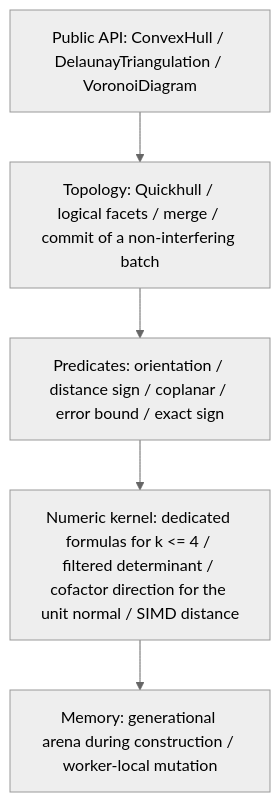
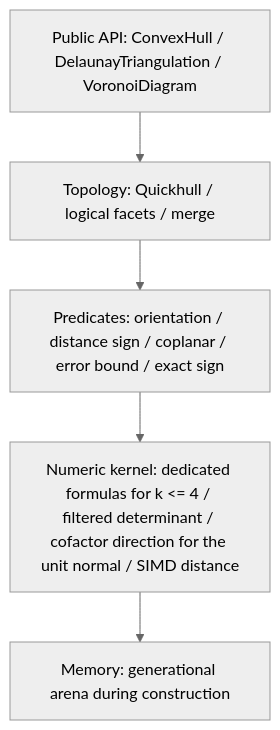
The diagram in docs/design.md (YUKIKEDA/convx), drawn with Mermaid (neutral theme) before and after one commit. The commit also changed other lines of this file and 5 other files, not shown here.

````diff
--- a/docs/design.md
+++ b/docs/design.md
@@ -45,9 +45,9 @@
 ```mermaid
 flowchart TD
     api["Public API: ConvexHull / DelaunayTriangulation / VoronoiDiagram"]
-    topo["Topology: Quickhull / logical facets / merge / commit of a non-interfering batch"]
+    topo["Topology: Quickhull / logical facets / merge"]
     pred["Predicates: orientation / distance sign / coplanar / error bound / exact sign"]
     num["Numeric kernel: dedicated formulas for k <= 4 / filtered determinant / cofactor direction for the unit normal / SIMD distance"]
-    mem["Memory: generational arena during construction / worker-local mutation"]
+    mem["Memory: generational arena during construction"]
     api --> topo --> pred --> num --> mem
 ```
````
